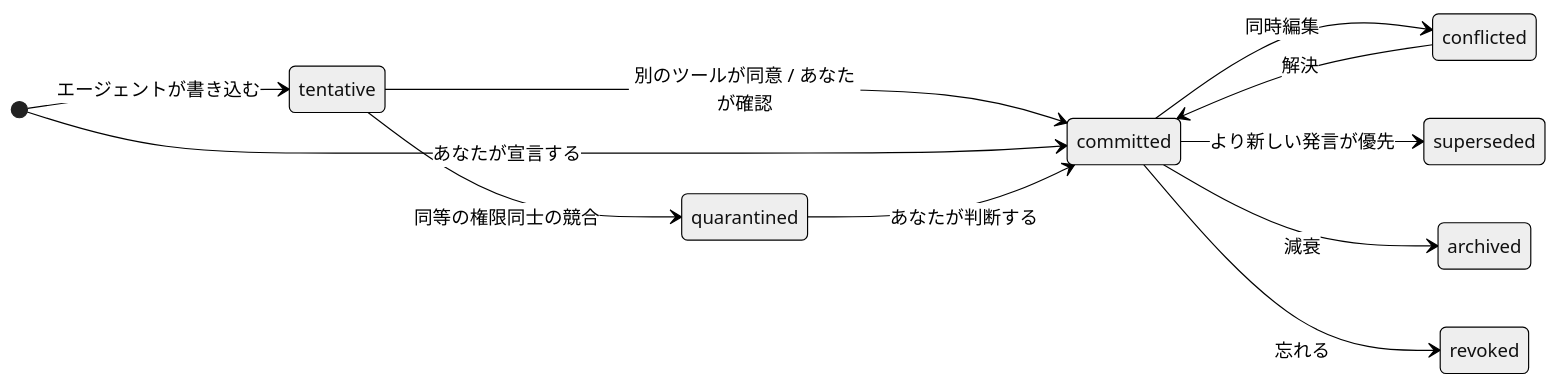
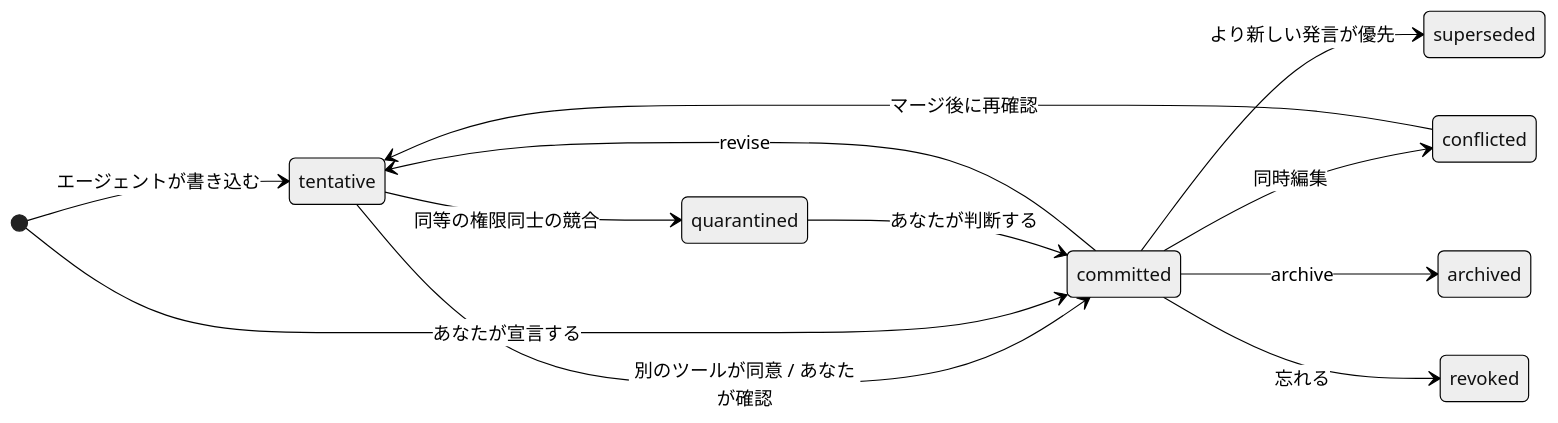
Before and after one commit to xi029/HiveMem: the second of 2 diagrams in docs/i18n/README.ja.md, drawn with Mermaid (neutral theme). The commit also changed other lines of this file and 24 other files, not shown here.

````diff
--- a/docs/i18n/README.ja.md
+++ b/docs/i18n/README.ja.md
@@ -176,14 +176,15 @@
 ```mermaid
 stateDiagram-v2
     direction LR
     [*] --> tentative: エージェントが書き込む
     tentative --> committed: 別のツールが同意 / あなたが確認
     [*] --> committed: あなたが宣言する
     tentative --> quarantined: 同等の権限同士の競合
     quarantined --> committed: あなたが判断する
     committed --> conflicted: 同時編集
-    conflicted --> committed: 解決
+    conflicted --> tentative: マージ後に再確認
+    committed --> tentative: revise
     committed --> superseded: より新しい発言が優先
-    committed --> archived: 減衰
+    committed --> archived: archive
     committed --> revoked: 忘れる
 ```
````
